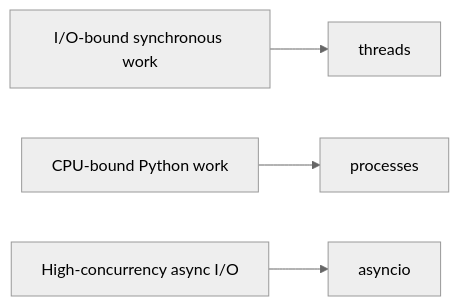
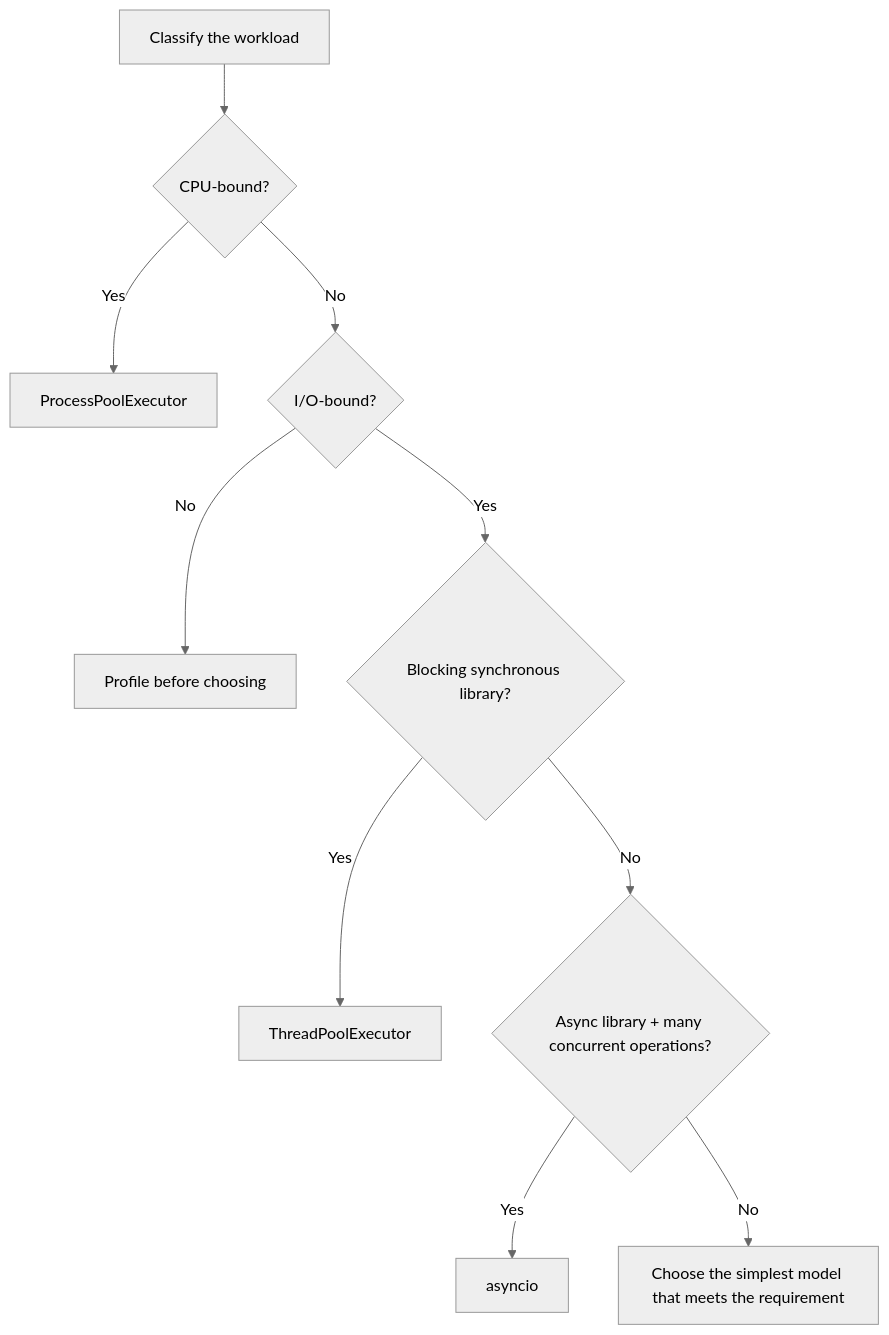
The seventh of 7 diagrams in src/content/python/threading-multiprocessing-asyncio.md (AvadhBhalodiya/Interview-Preparation), drawn with Mermaid (neutral theme) before and after one commit. The commit also changed other lines of this file and 80 other files, not shown here.

````diff
--- a/src/content/python/threading-multiprocessing-asyncio.md
+++ b/src/content/python/threading-multiprocessing-asyncio.md
@@ -1177,6 +470,12 @@
 ```mermaid
-flowchart LR
-    IOB["I/O-bound synchronous work"] --> THR[threads]
-    CPUB[CPU-bound Python work] --> PRC[processes]
-    ASYNCIO["High-concurrency async I/O"] --> ASY[asyncio]
+flowchart TD
+    A[Classify the workload] --> B{CPU-bound?}
+    B -- Yes --> C[ProcessPoolExecutor]
+    B -- No --> D{I/O-bound?}
+    D -- No --> E[Profile before choosing]
+    D -- Yes --> F{Blocking synchronous library?}
+    F -- Yes --> G[ThreadPoolExecutor]
+    F -- No --> H{Async library + many concurrent operations?}
+    H -- Yes --> I[asyncio]
+    H -- No --> J[Choose the simplest model that meets the requirement]
 ```
````
